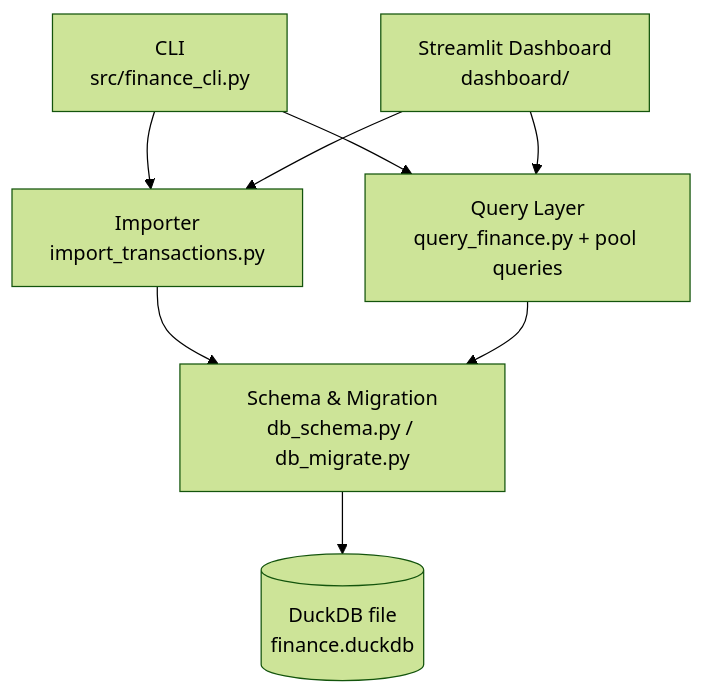
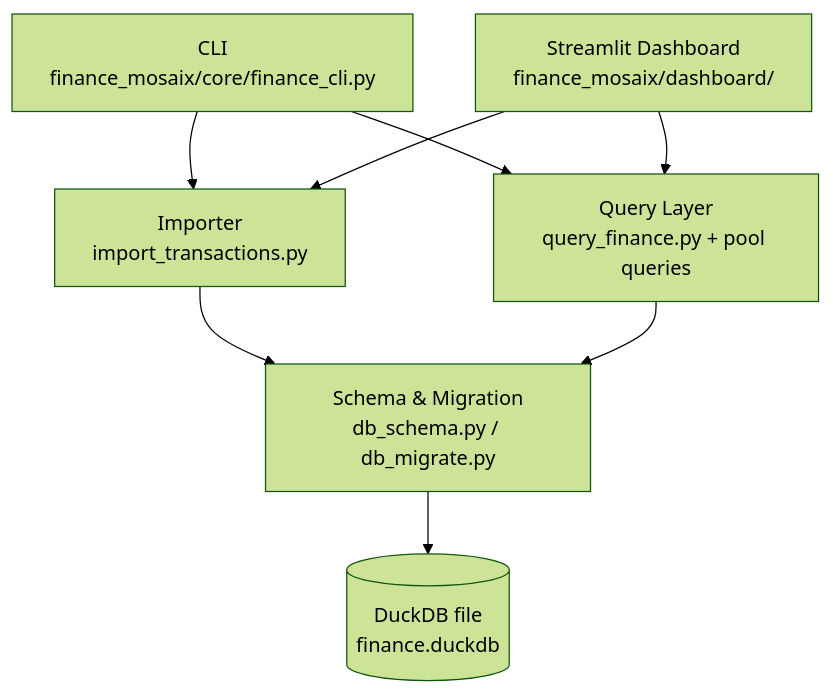
The diagram in docs/architecture.md (Developer-Simon/finance-mosaix), drawn with Mermaid (forest theme) before and after one commit. The commit also changed other lines of this file and 135 other files, not shown here.

````diff
--- a/docs/architecture.md
+++ b/docs/architecture.md
@@ -20,18 +20,18 @@
 ```mermaid
 graph TD
-    CLI["CLI<br/>src/finance_cli.py"]
-    Dashboard["Streamlit Dashboard<br/>dashboard/"]
+    CLI["CLI<br/>finance_mosaix/core/finance_cli.py"]
+    Dashboard["Streamlit Dashboard<br/>finance_mosaix/dashboard/"]
     Importer["Importer<br/>import_transactions.py"]
     QFinance["Query Layer<br/>query_finance.py + pool queries"]
     Schema["Schema & Migration<br/>db_schema.py / db_migrate.py"]
     DB[("DuckDB file<br/>finance.duckdb")]
 
     CLI --> Importer
     CLI --> QFinance
     Dashboard --> Importer
     Dashboard --> QFinance
 
     Importer --> Schema
     QFinance --> Schema
     Schema --> DB
 ```
````
